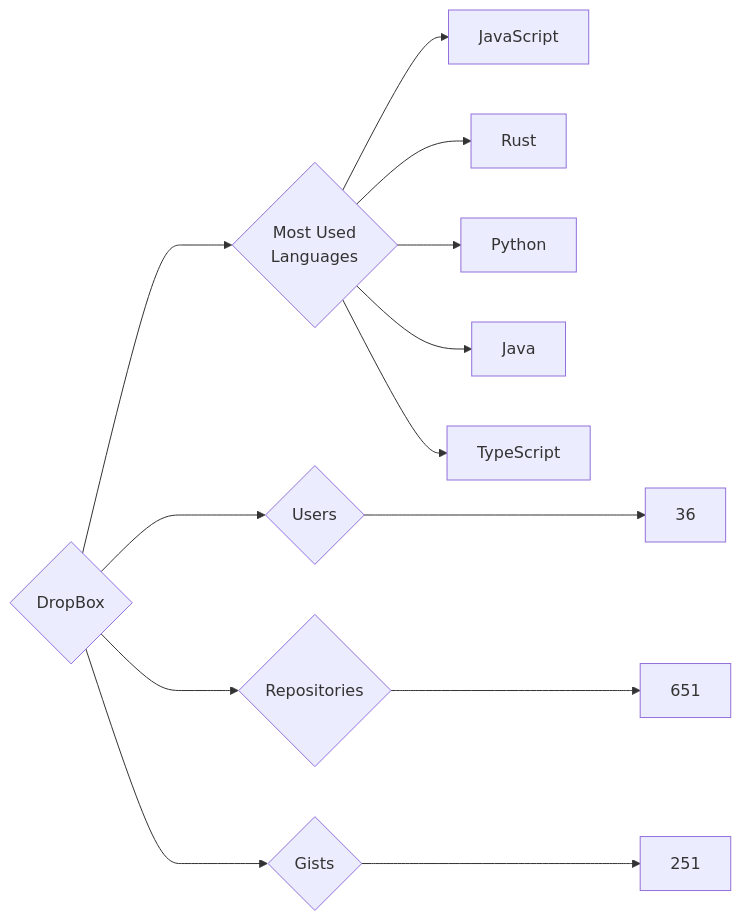
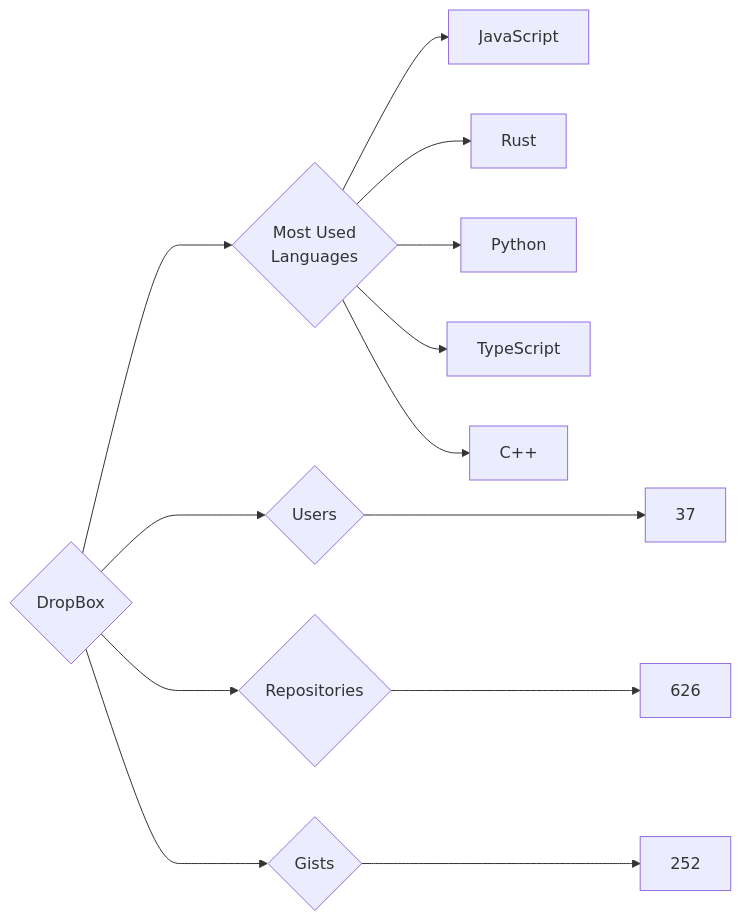
The diagram in targets/DropBox/README.md (trickest/insiders), drawn with Mermaid before and after one commit. The commit also changed 693 other files, not shown here.

````diff
--- a/targets/DropBox/README.md
+++ b/targets/DropBox/README.md
@@ -3,13 +3,13 @@
 ```mermaid
 graph LR
 COMPANY_NAME{DropBox}
-COMPANY_NAME ---> U{Users} ---> UN[36]
-COMPANY_NAME ---> R{Repositories} ---> RN[651]
-COMPANY_NAME ---> G{Gists} ---> GN[251]
+COMPANY_NAME ---> U{Users} ---> UN[37]
+COMPANY_NAME ---> R{Repositories} ---> RN[626]
+COMPANY_NAME ---> G{Gists} ---> GN[252]
 COMPANY_NAME ---> ML{Most Used<br>Languages}
 ML --> JavaScript[JavaScript]
 ML --> Rust[Rust]
 ML --> Python[Python]
-ML --> Java[Java]
 ML --> TypeScript[TypeScript]
+ML --> C++[C++]
 ```
````
